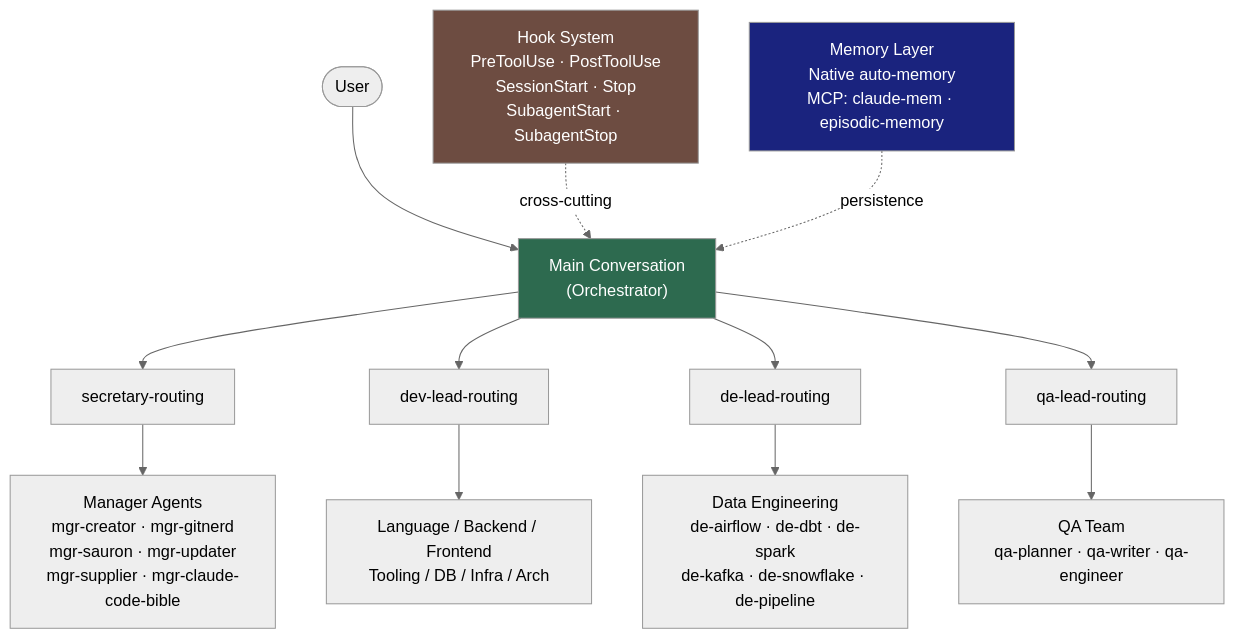
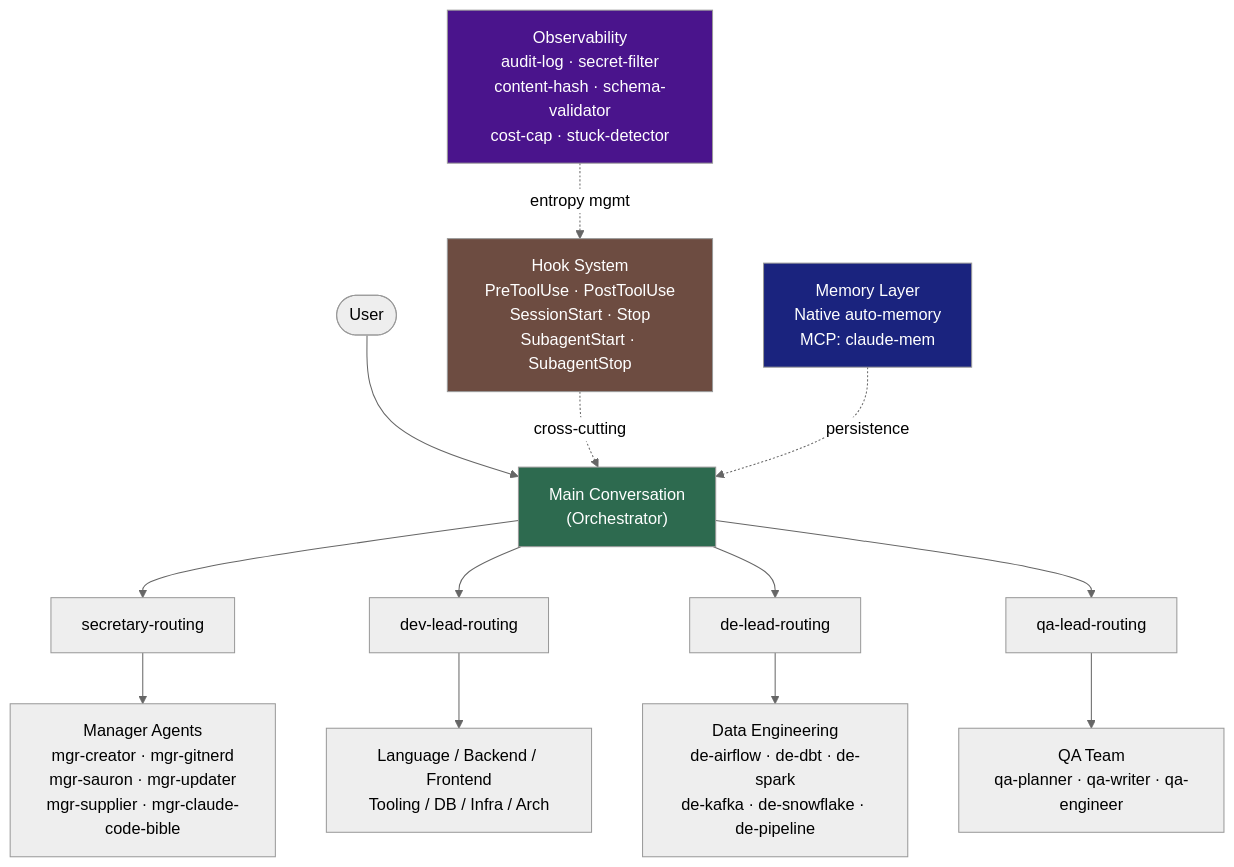
Before and after one commit to baekenough/oh-my-customcode: the first of 8 diagrams in ARCHITECTURE.md, drawn with Mermaid (neutral theme). The commit also changed other lines of this file and 5 other files, not shown here.

First line of the commit message:
docs: rewrite README and ARCHITECTURE for v0.36.1

````diff
--- a/ARCHITECTURE.md
+++ b/ARCHITECTURE.md
@@ -15,22 +17,25 @@
 ```mermaid
 flowchart TD
     User([User]) --> Orchestrator["Main Conversation\n(Orchestrator)"]
 
     Orchestrator --> SR[secretary-routing]
     Orchestrator --> DR[dev-lead-routing]
     Orchestrator --> DE[de-lead-routing]
     Orchestrator --> QA[qa-lead-routing]
 
     SR --> MgrAgents["Manager Agents\nmgr-creator · mgr-gitnerd\nmgr-sauron · mgr-updater\nmgr-supplier · mgr-claude-code-bible"]
     DR --> DevAgents["Language / Backend / Frontend\nTooling / DB / Infra / Arch"]
     DE --> DEAgents["Data Engineering\nde-airflow · de-dbt · de-spark\nde-kafka · de-snowflake · de-pipeline"]
     QA --> QAAgents["QA Team\nqa-planner · qa-writer · qa-engineer"]
 
     Hooks["Hook System\nPreToolUse · PostToolUse\nSessionStart · Stop\nSubagentStart · SubagentStop"] -.->|cross-cutting| Orchestrator
 
-    Memory["Memory Layer\nNative auto-memory\nMCP: claude-mem · episodic-memory"] -.->|persistence| Orchestrator
+    Memory["Memory Layer\nNative auto-memory\nMCP: claude-mem"] -.->|persistence| Orchestrator
+
+    Observability["Observability\naudit-log · secret-filter\ncontent-hash · schema-validator\ncost-cap · stuck-detector"] -.->|entropy mgmt| Hooks
 
     style Orchestrator fill:#2d6a4f,color:#fff
     style Hooks fill:#6d4c41,color:#fff
     style Memory fill:#1a237e,color:#fff
+    style Observability fill:#4a148c,color:#fff
 ```
````
